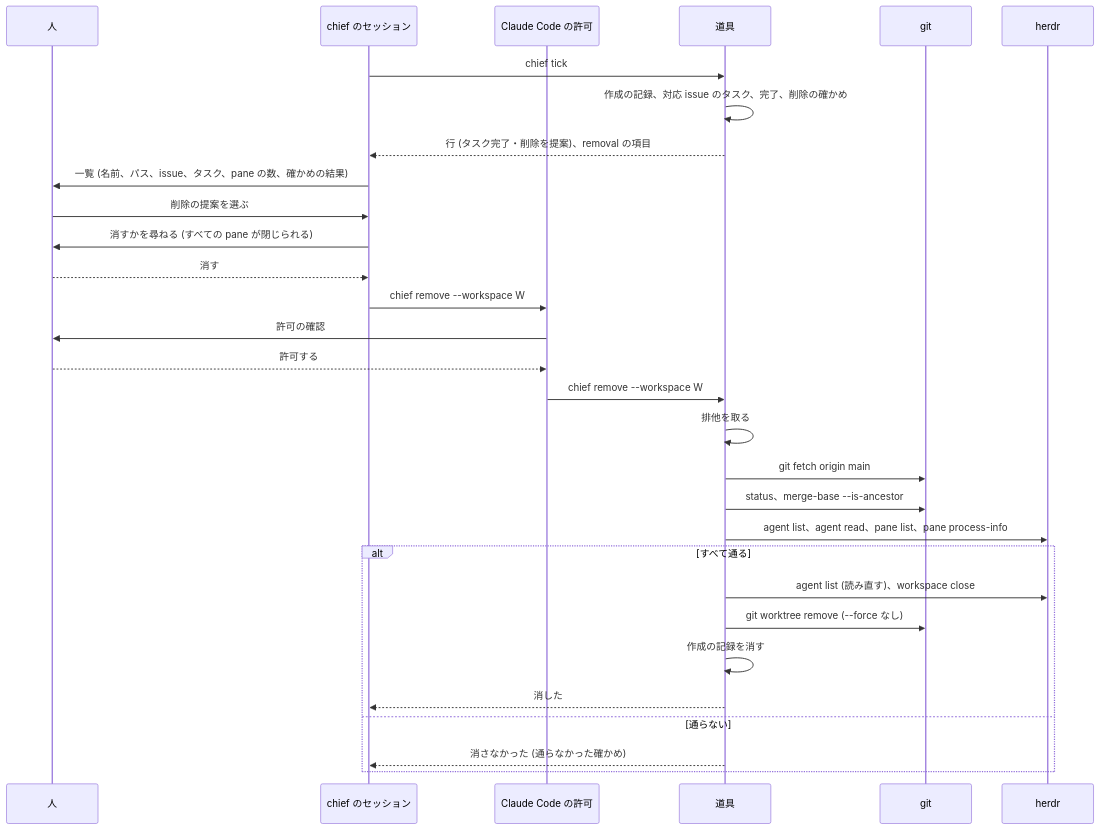
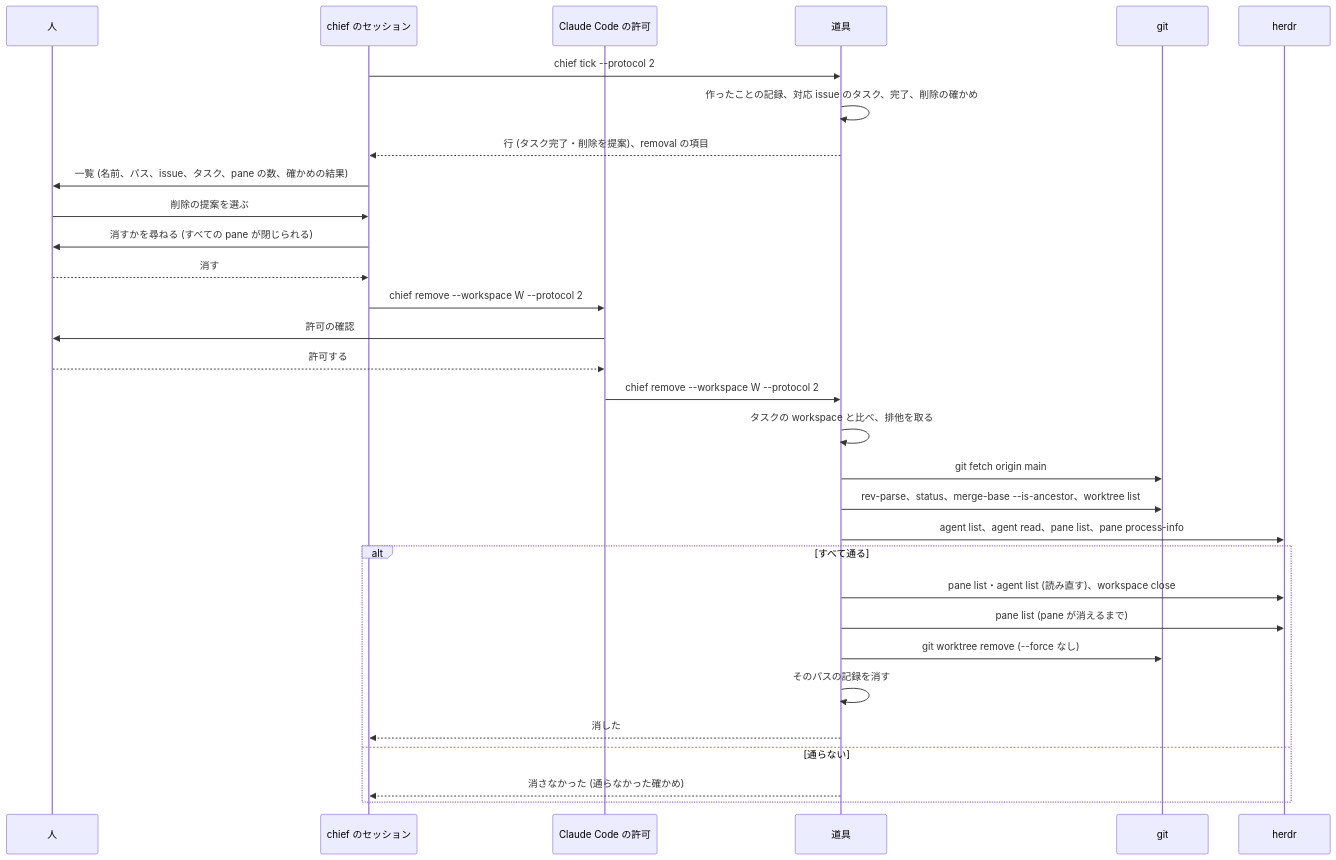
Before and after one commit to isseis/yt2column: the sixth of 6 diagrams in docs/tasks/0092_chief_task_workspace/02_architecture.md, drawn with Mermaid. The commit also changed other lines of this file and 2 other files, not shown here.

First line of the commit message:
docs(0092): address the architecture review and polish the Japanese prose

````diff
--- a/docs/tasks/0092_chief_task_workspace/02_architecture.md
+++ b/docs/tasks/0092_chief_task_workspace/02_architecture.md
@@ -722,33 +807,34 @@
 ```mermaid
 sequenceDiagram
     participant H as 人
     participant S as chief のセッション
     participant P as Claude Code の許可
     participant T as 道具
     participant G as git
     participant HD as herdr
 
-    S->>T: chief tick
-    T->>T: 作成の記録、対応 issue のタスク、完了、削除の確かめ
+    S->>T: chief tick --protocol 2
+    T->>T: 作ったことの記録、対応 issue のタスク、完了、削除の確かめ
     T-->>S: 行 (タスク完了・削除を提案)、removal の項目
     S->>H: 一覧 (名前、パス、issue、タスク、pane の数、確かめの結果)
     H->>S: 削除の提案を選ぶ
     S->>H: 消すかを尋ねる (すべての pane が閉じられる)
     H-->>S: 消す
-    S->>P: chief remove --workspace W
+    S->>P: chief remove --workspace W --protocol 2
     P->>H: 許可の確認
     H-->>P: 許可する
-    P->>T: chief remove --workspace W
-    T->>T: 排他を取る
+    P->>T: chief remove --workspace W --protocol 2
+    T->>T: タスクの workspace と比べ、排他を取る
     T->>G: git fetch origin main
-    T->>G: status、merge-base --is-ancestor
+    T->>G: rev-parse、status、merge-base --is-ancestor、worktree list
     T->>HD: agent list、agent read、pane list、pane process-info
     alt すべて通る
-        T->>HD: agent list (読み直す)、workspace close
+        T->>HD: pane list・agent list (読み直す)、workspace close
+        T->>HD: pane list (pane が消えるまで)
         T->>G: git worktree remove (--force なし)
-        T->>T: 作成の記録を消す
+        T->>T: そのパスの記録を消す
         T-->>S: 消した
     else 通らない
         T-->>S: 消さなかった (通らなかった確かめ)
     end
 ```
````
